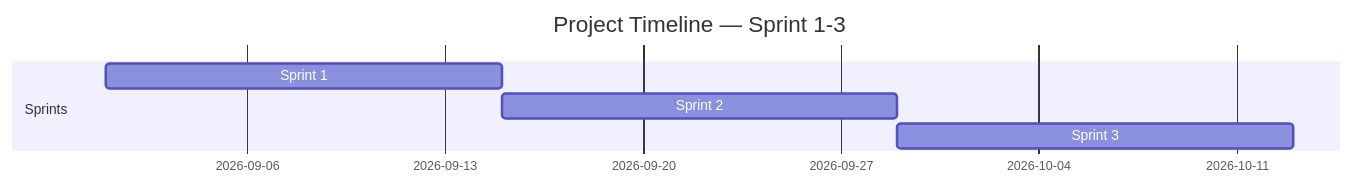
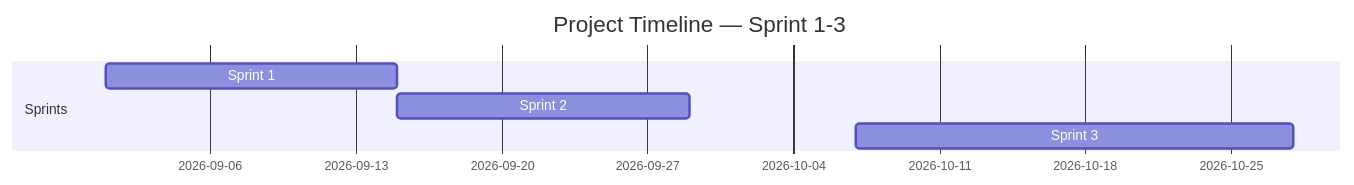
Before and after one commit to EVE2486/DG225_-PROJECT-derni-re--GAME: the diagram in docs/agile/sprint-plan-03.md, drawn with Mermaid. The commit also changed other lines of this file and 5 other files, not shown here.

Commit message:
Update sprint plans and backlog templates for Sprint 3, adjust timelines, and refine user story statuses

````diff
--- a/docs/agile/sprint-plan-03.md
+++ b/docs/agile/sprint-plan-03.md
@@ -41,9 +41,9 @@
 ```mermaid
 gantt
     title Project Timeline — Sprint 1-3
-    dateFormat  2026-MM-DD
+    dateFormat  YYYY-MM-DD
     section Sprints
     Sprint 1 :s1, 2026-09-01, 14d
     Sprint 2 :s2, after s1, 14d
-    Sprint 3 :s3, after s2, 14d
+    Sprint 3 :s3, 2026-10-07, 21d
 ```
````
